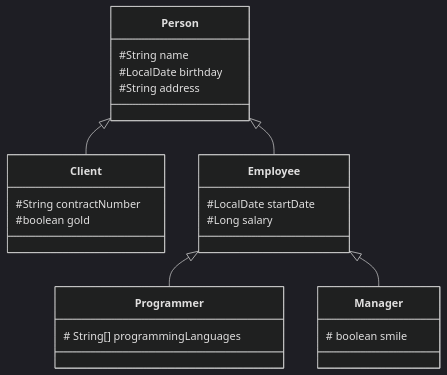
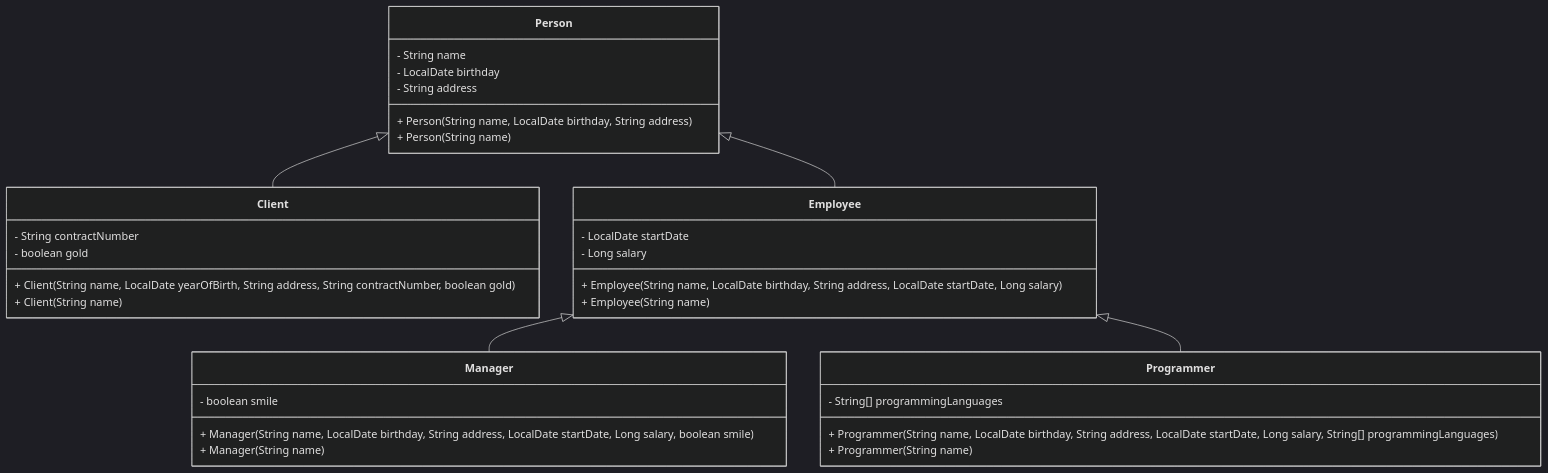
One commit to nbicocchi/learn-java-core changed the second of 2 diagrams in slides/E3.2 - Java Classes (Inheritance + Polymorphism).md. Above: the diagram before and after it, drawn with Mermaid (dark theme). The commit also changed other lines of this file, not shown here.

````diff
--- a/slides/E3.2 - Java Classes (Inheritance + Polymorphism).md
+++ b/slides/E3.2 - Java Classes (Inheritance + Polymorphism).md
@@ -86,31 +77,42 @@
 ```mermaid
 classDiagram
-    class Person {
-        #String name
-        #LocalDate birthday
-        #String address
-    }
+  class Person {
+    - String name
+    - LocalDate birthday
+    - String address
+    + Person(String name, LocalDate birthday, String address)
+    + Person(String name)
+  }
 
-    class Client {
-        #String contractNumber
-        #boolean gold
-    }
+  class Client {
+    - String contractNumber
+    - boolean gold
+    + Client(String name, LocalDate yearOfBirth, String address, String contractNumber, boolean gold)
+    + Client(String name)
+  }
 
-    class Employee {
-        #LocalDate startDate
-        #Long salary
-    }
+  class Employee {
+    - LocalDate startDate
+    - Long salary
+    + Employee(String name, LocalDate birthday, String address, LocalDate startDate, Long salary)
+    + Employee(String name)
+  }
 
-    class Manager {
-        # boolean smile
-    }
+  class Manager {
+    - boolean smile
+    + Manager(String name, LocalDate birthday, String address, LocalDate startDate, Long salary, boolean smile)
+    + Manager(String name)
+  }
 
-    class Programmer {
-        # String[] programmingLanguages
-    }
+  class Programmer {
+    - String[] programmingLanguages
+    + Programmer(String name, LocalDate birthday, String address, LocalDate startDate, Long salary, String[] programmingLanguages)
+    + Programmer(String name)
+  }
 
-    Person <|-- Employee
-    Person <|-- Client
-    Employee <|-- Programmer
-    Employee <|-- Manager
+  Person <|-- Client
+  Person <|-- Employee
+  Employee <|-- Manager
+  Employee <|-- Programmer
+
 ```
````
